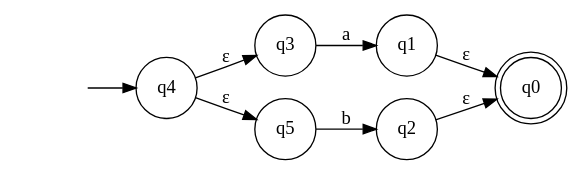
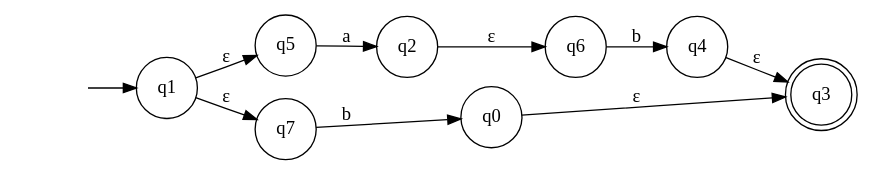
Before and after one commit to CallahanK/Graphex-Regex: the diagram in graphex/nfa.gv, drawn with Graphviz. The commit also changed 189 other files, not shown here.

```diff
--- a/graphex/nfa.gv
+++ b/graphex/nfa.gv
@@ -1,13 +1,15 @@
 digraph NFA { 
 rankdir=LR; 
 node [ shape = none]; ""; 
-node [ shape = doublecircle]; q0; 
+node [ shape = doublecircle]; q3; 
 node [ shape = circle];
-"" -> q4;
+"" -> q1;
+q1 -> q5 [ label = "ε" ];
+q1 -> q7 [ label = "ε" ];
+q5 -> q2 [ label = "a" ];
+q2 -> q6 [ label = "ε" ];
+q6 -> q4 [ label = "b" ];
 q4 -> q3 [ label = "ε" ];
-q4 -> q5 [ label = "ε" ];
-q3 -> q1 [ label = "a" ];
-q1 -> q0 [ label = "ε" ];
-q5 -> q2 [ label = "b" ];
-q2 -> q0 [ label = "ε" ];
+q7 -> q0 [ label = "b" ];
+q0 -> q3 [ label = "ε" ];
 }
```
